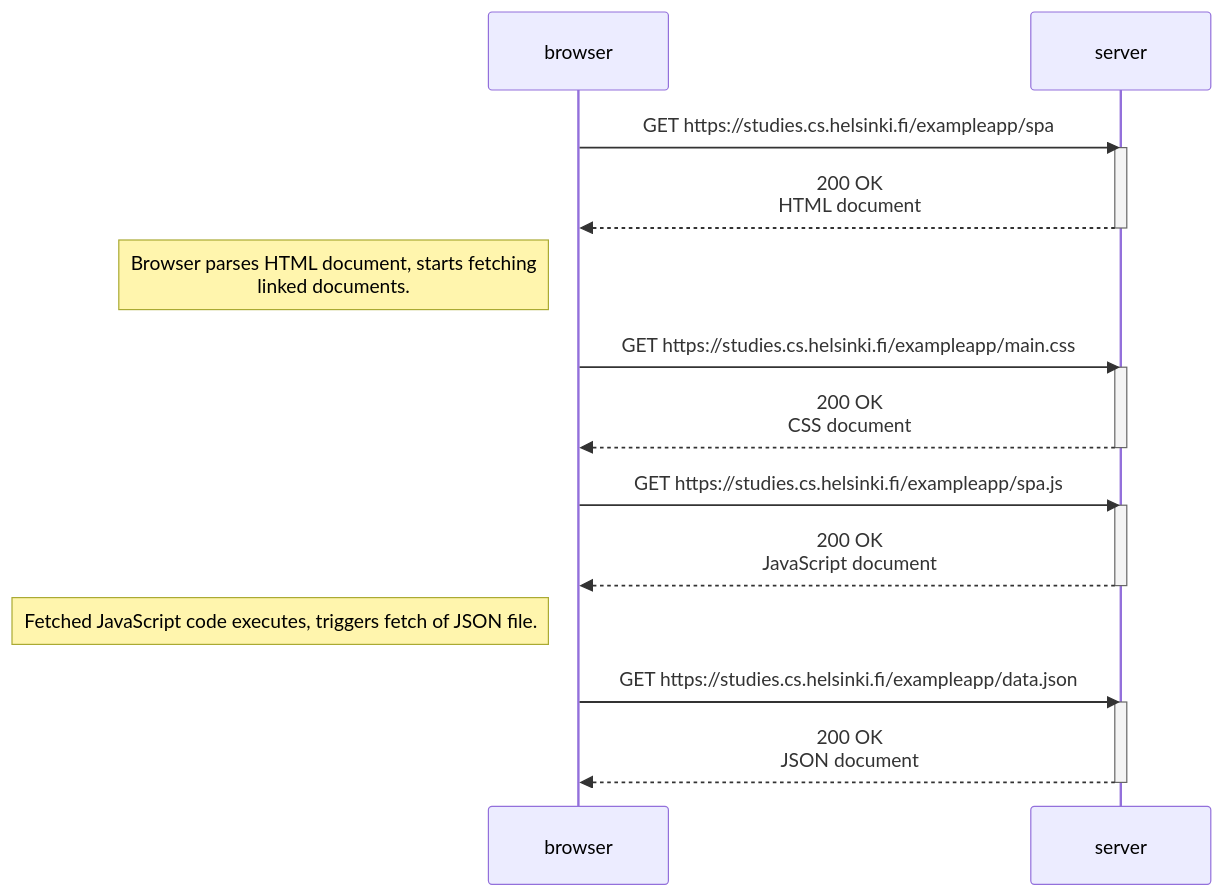
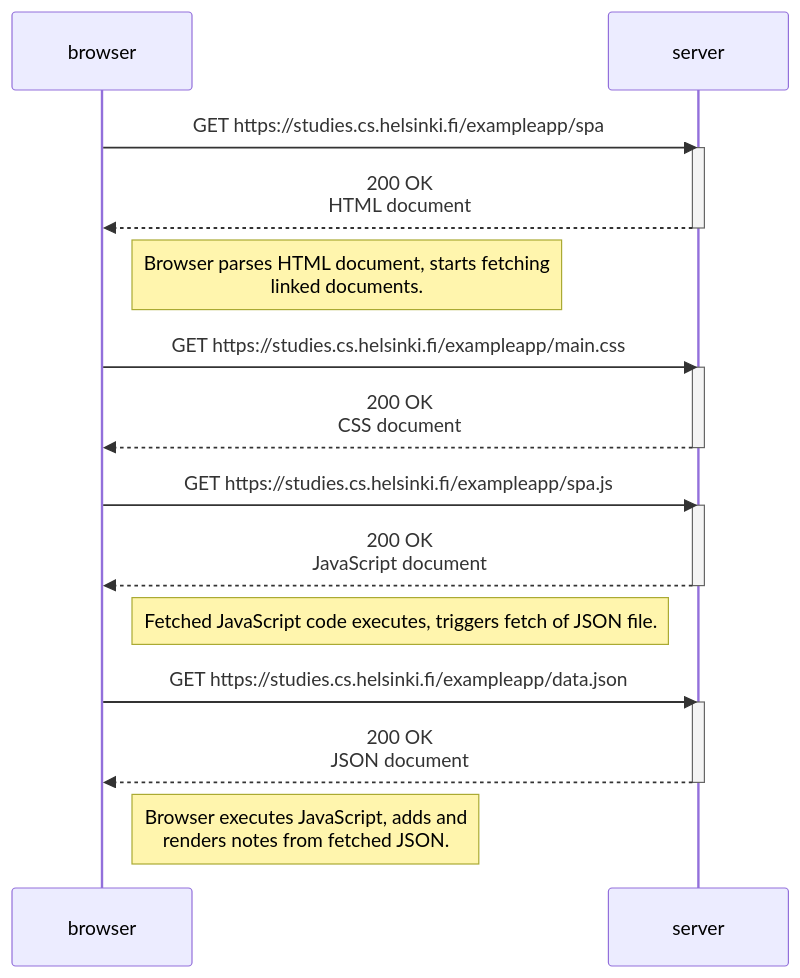
Before and after one commit to aniemela-cloud/fullstack-exercises: the diagram in part0/spa-diagrams/Openpage.md, drawn with Mermaid. The commit also changed 1 other file, not shown here.

Commit message:
Updated Newnote.md and Openpage.md
Moved notes from left of browser to right in diagrams. Added a note mentioning that the browser JS parses the fetched JSON and modifies page.

````diff
--- a/part0/spa-diagrams/Openpage.md
+++ b/part0/spa-diagrams/Openpage.md
@@ -3,28 +3,29 @@
 ```mermaid
 sequenceDiagram
     participant browser
     participant server
     
     browser->>server: GET https://studies.cs.helsinki.fi/exampleapp/spa
     activate server
     server-->>browser: 200 OK<br/>HTML document
     deactivate server
 
-    Note left of browser: Browser parses HTML document, starts fetching<br/>linked documents.
+    Note right of browser: Browser parses HTML document, starts fetching<br/>linked documents.
     browser->>server: GET https://studies.cs.helsinki.fi/exampleapp/main.css
     activate server
     server-->>browser: 200 OK<br/>CSS document
     deactivate server
 
     browser->>server: GET https://studies.cs.helsinki.fi/exampleapp/spa.js
     activate server
     server-->>browser: 200 OK<br/>JavaScript document
     deactivate server
 
-    Note left of browser: Fetched JavaScript code executes, triggers fetch of JSON file.
+    Note right of browser: Fetched JavaScript code executes, triggers fetch of JSON file.
     browser->>server: GET https://studies.cs.helsinki.fi/exampleapp/data.json
     activate server
     server-->>browser: 200 OK <br/>JSON document
     deactivate server
+    Note right of browser: Browser executes JavaScript, adds and<br/>renders notes from fetched JSON.
 
 ```
````
